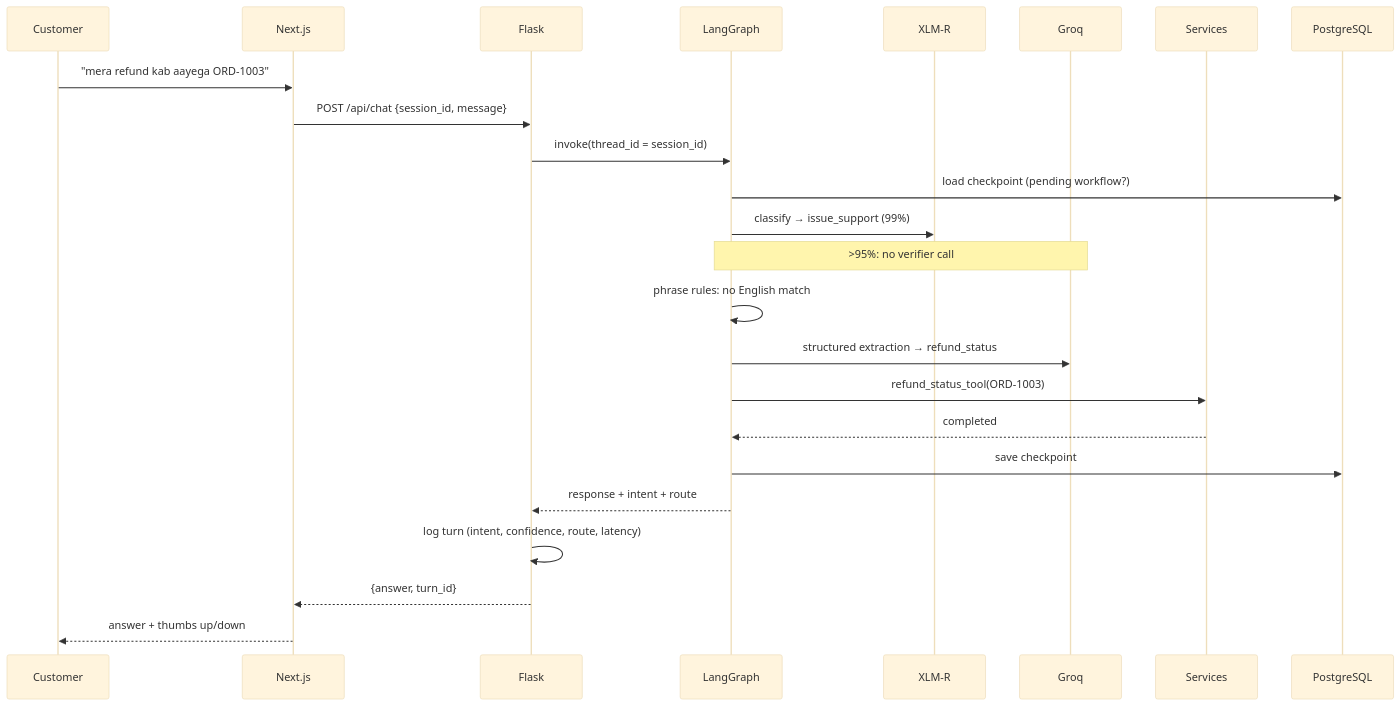
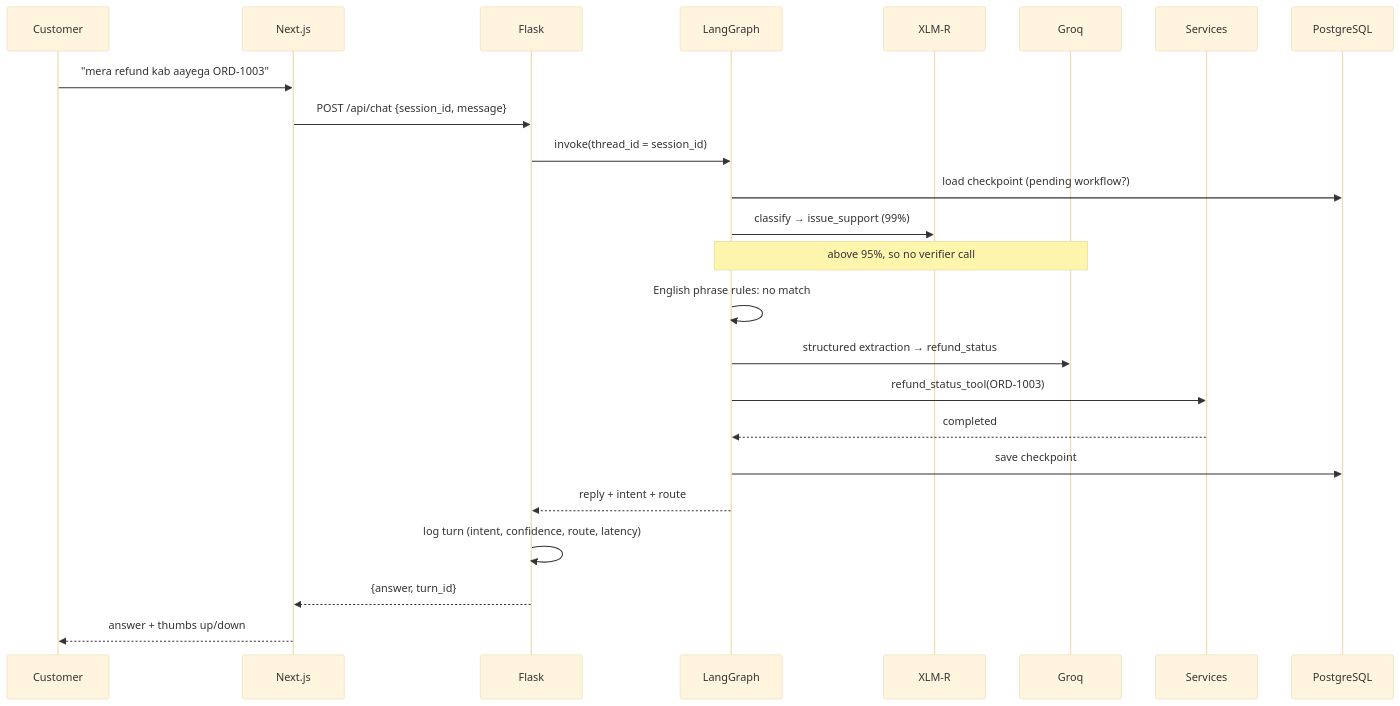
One commit to Anushka-v24/ecommerce-customer-support-assistant changed the fourth of 38 diagrams in docs/ENHANCEMENT_REPORT.md. Above: the diagram before and after it, drawn with Mermaid (base theme). The commit also changed other lines of this file and 5 other files, not shown here.

````diff
--- a/docs/ENHANCEMENT_REPORT.md
+++ b/docs/ENHANCEMENT_REPORT.md
@@ -134,26 +169,26 @@
 ```mermaid
 sequenceDiagram
     participant C as Customer
     participant UI as Next.js
     participant API as Flask
     participant G as LangGraph
     participant X as XLM-R
     participant Q as Groq
     participant S as Services
     participant PG as PostgreSQL
     C->>UI: "mera refund kab aayega ORD-1003"
     UI->>API: POST /api/chat {session_id, message}
     API->>G: invoke(thread_id = session_id)
     G->>PG: load checkpoint (pending workflow?)
     G->>X: classify → issue_support (99%)
-    Note over G,Q: >95%: no verifier call
-    G->>G: phrase rules: no English match
+    Note over G,Q: above 95%, so no verifier call
+    G->>G: English phrase rules: no match
     G->>Q: structured extraction → refund_status
     G->>S: refund_status_tool(ORD-1003)
     S-->>G: completed
     G->>PG: save checkpoint
-    G-->>API: response + intent + route
+    G-->>API: reply + intent + route
     API->>API: log turn (intent, confidence, route, latency)
     API-->>UI: {answer, turn_id}
     UI-->>C: answer + thumbs up/down
 ```
````
